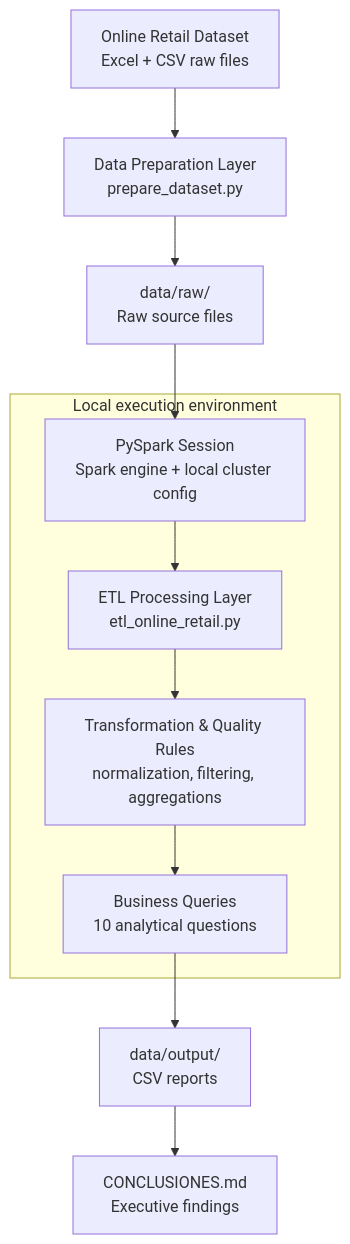
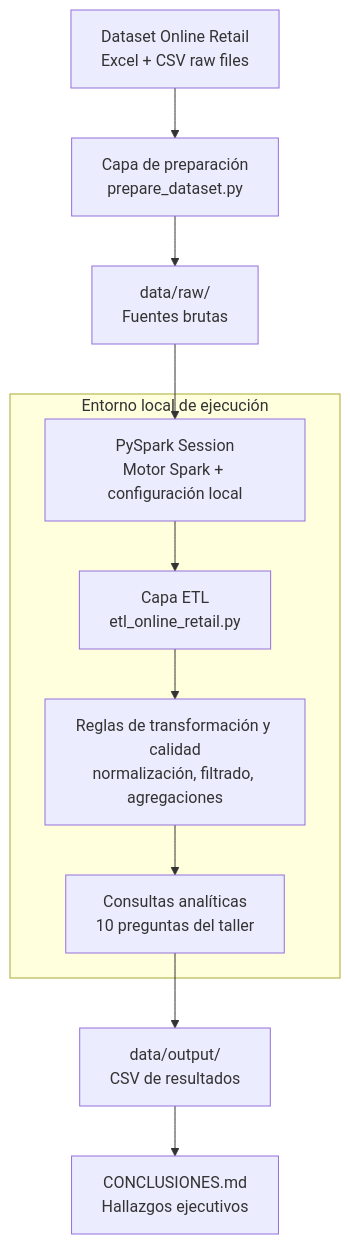
The diagram in README.md (oskar-ortiz/Laboratorio_Spark), drawn with Mermaid before and after one commit. The commit also changed other lines of this file, not shown here.

Commit message:
docs: standardize repository documentation to Spanish enterprise standard and remove redundant diagrams

````diff
--- a/README.md
+++ b/README.md
@@ -13,19 +12,19 @@
 ```mermaid
 flowchart TD
-    Source["Online Retail Dataset<br/>Excel + CSV raw files"] --> Ingest["Data Preparation Layer<br/>prepare_dataset.py"]
-    Ingest --> Raw["data/raw/<br/>Raw source files"]
-    Raw --> Spark["PySpark Session<br/>Spark engine + local cluster config"]
+    Source["Dataset Online Retail<br/>Excel + CSV raw files"] --> Ingest["Capa de preparación<br/>prepare_dataset.py"]
+    Ingest --> Raw["data/raw/<br/>Fuentes brutas"]
+    Raw --> Spark["PySpark Session<br/>Motor Spark + configuración local"]
 
-    Spark --> ETL["ETL Processing Layer<br/>etl_online_retail.py"]
-    ETL --> Clean["Transformation & Quality Rules<br/>normalization, filtering, aggregations"]
-    Clean --> Analysis["Business Queries<br/>10 analytical questions"]
-    Analysis --> Output["data/output/<br/>CSV reports"]
-    Output --> Summary["CONCLUSIONES.md<br/>Executive findings"]
+    Spark --> ETL["Capa ETL<br/>etl_online_retail.py"]
+    ETL --> Clean["Reglas de transformación y calidad<br/>normalización, filtrado, agregaciones"]
+    Clean --> Analysis["Consultas analíticas<br/>10 preguntas del taller"]
+    Analysis --> Output["data/output/<br/>CSV de resultados"]
+    Output --> Summary["CONCLUSIONES.md<br/>Hallazgos ejecutivos"]
 
-    subgraph LocalStack["Local execution environment"]
+    subgraph LocalStack["Entorno local de ejecución"]
         Spark
         ETL
         Clean
         Analysis
     end
 ```
````
